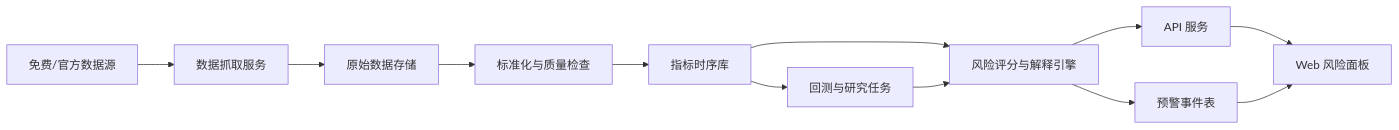
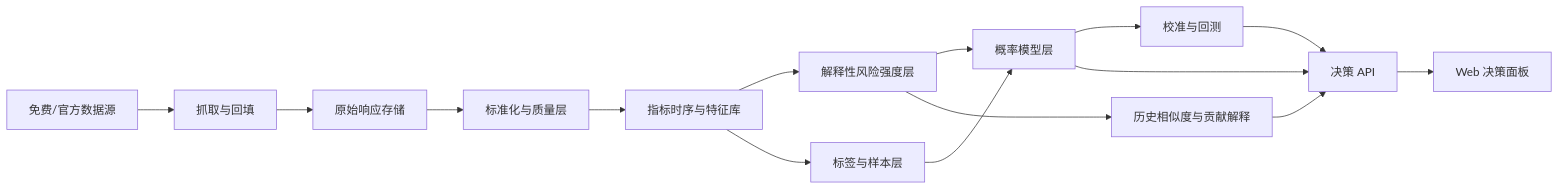
One commit to leodo/financial-crisis changed the diagram in docs/architecture/global-design.md. Above: the diagram before and after it, drawn with Mermaid. The commit also changed other lines of this file and 58 other files, not shown here.

````diff
--- a/docs/architecture/global-design.md
+++ b/docs/architecture/global-design.md
@@ -74,14 +162,17 @@
 ```mermaid
 flowchart LR
-    A["免费/官方数据源"] --> B["数据抓取服务"]
-    B --> C["原始数据存储"]
-    C --> D["标准化与质量检查"]
-    D --> E["指标时序库"]
-    E --> F["风险评分与解释引擎"]
-    F --> G["API 服务"]
-    G --> H["Web 风险面板"]
-    F --> I["预警事件表"]
-    I --> H
-    E --> J["回测与研究任务"]
-    J --> F
+    A["免费/官方数据源"] --> B["抓取与回填"]
+    B --> C["原始响应存储"]
+    C --> D["标准化与质量层"]
+    D --> E["指标时序与特征库"]
+    E --> F["解释性风险强度层"]
+    E --> G["标签与样本层"]
+    F --> H["概率模型层"]
+    G --> H
+    H --> I["校准与回测"]
+    F --> J["历史相似度与贡献解释"]
+    H --> K["决策 API"]
+    J --> K
+    I --> K
+    K --> L["Web 决策面板"]
 ```
````
